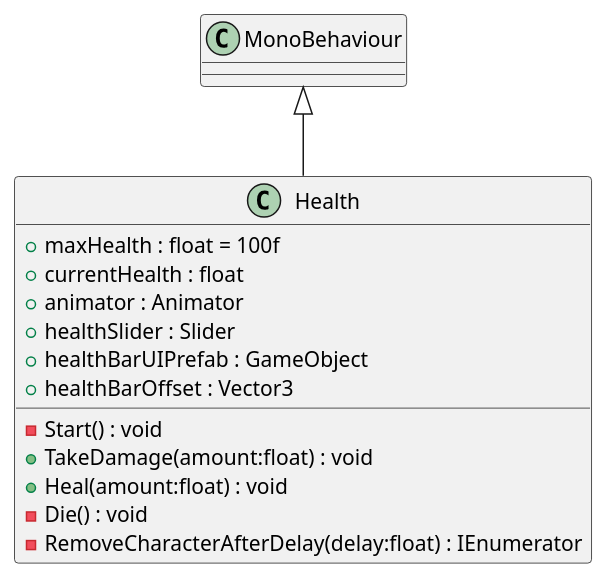
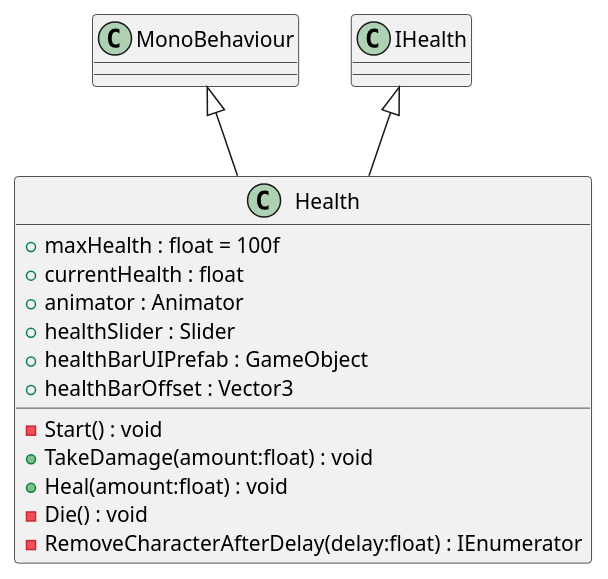
The diagram in uml/Characters/Health.puml (breftejk/Enigmaze), drawn with PlantUML before and after one commit. The commit also changed 87 other files, not shown here.

```diff
--- a/uml/Characters/Health.puml
+++ b/uml/Characters/Health.puml
@@ -1,16 +1,17 @@
 @startuml
 class Health {
     + maxHealth : float = 100f
     + currentHealth : float
     + animator : Animator
     + healthSlider : Slider
     + healthBarUIPrefab : GameObject
     + healthBarOffset : Vector3
     - Start() : void
     + TakeDamage(amount:float) : void
     + Heal(amount:float) : void
     - Die() : void
     - RemoveCharacterAfterDelay(delay:float) : IEnumerator
 }
 MonoBehaviour <|-- Health
+IHealth <|-- Health
 @enduml
```
